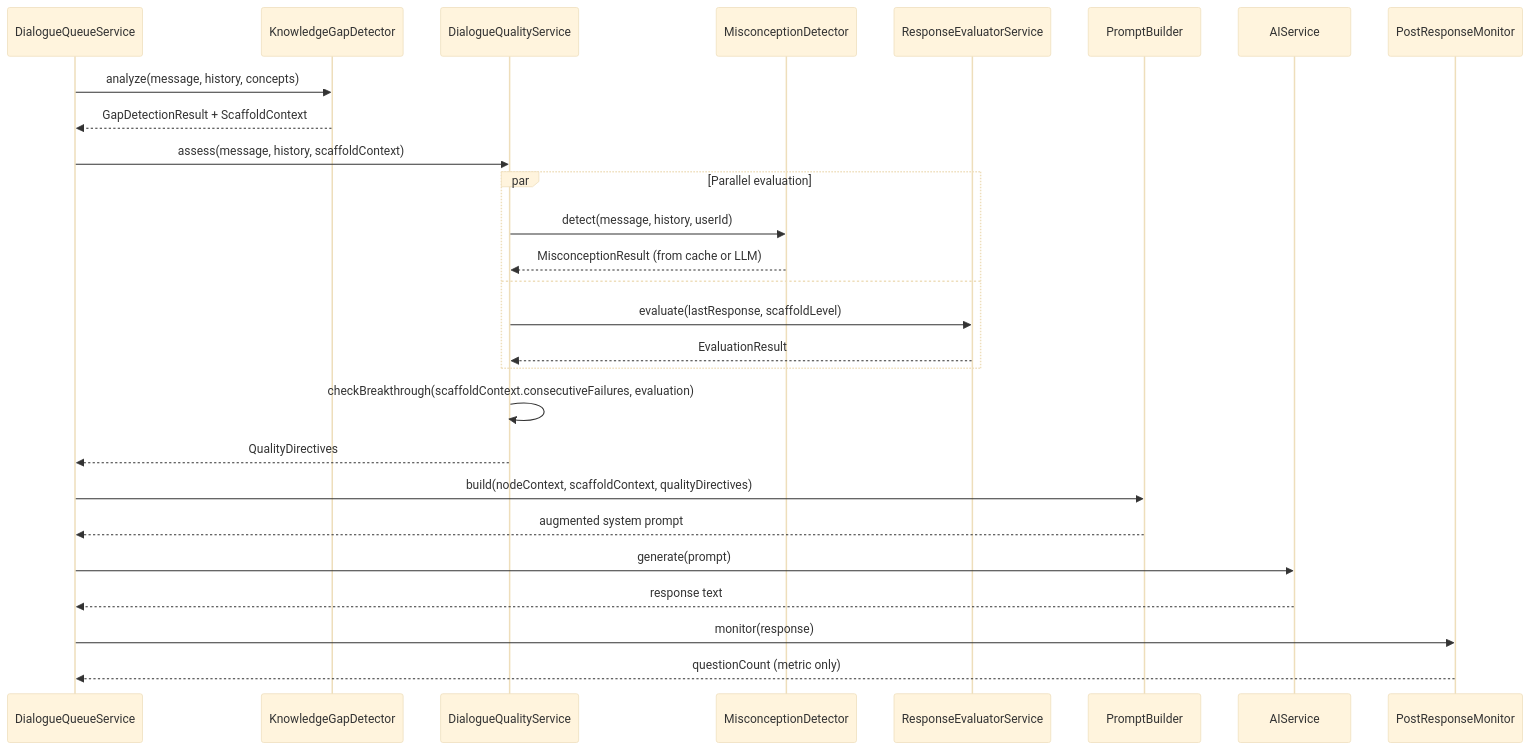
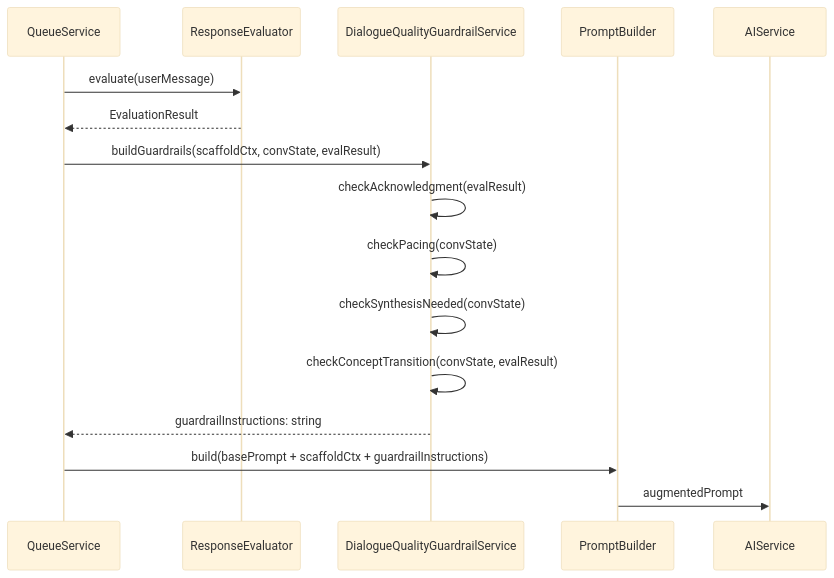
Before and after one commit to shettydev/mukti: the third of 5 diagrams in docs/rfcs/active/rfc-0004-socratic-dialogue-quality-guardrails/index.md, drawn with Mermaid (base theme). The commit also changed other lines of this file and 1 other file, not shown here.

First line of the commit message:
docs(rfc): Refine dialogue quality guardrails RFC

````diff
--- a/docs/rfcs/active/rfc-0004-socratic-dialogue-quality-guardrails/index.md
+++ b/docs/rfcs/active/rfc-0004-socratic-dialogue-quality-guardrails/index.md
@@ -154,36 +163,23 @@
 ```mermaid
 sequenceDiagram
-    participant DQS as DialogueQueueService
-    participant KGD as KnowledgeGapDetector
-    participant QS as DialogueQualityService
-    participant MD as MisconceptionDetector
-    participant RE as ResponseEvaluatorService
-    participant PB as PromptBuilder
+    participant Queue as QueueService
+    participant Eval as ResponseEvaluator
+    participant Guard as DialogueQualityGuardrailService
+    participant Prompt as PromptBuilder
     participant AI as AIService
-    participant PRM as PostResponseMonitor
 
-    DQS->>KGD: analyze(message, history, concepts)
-    KGD-->>DQS: GapDetectionResult + ScaffoldContext
+    Queue->>Eval: evaluate(userMessage)
+    Eval-->>Queue: EvaluationResult
 
-    DQS->>QS: assess(message, history, scaffoldContext)
+    Queue->>Guard: buildGuardrails(scaffoldCtx, convState, evalResult)
 
-    par Parallel evaluation
-        QS->>MD: detect(message, history, userId)
-        MD-->>QS: MisconceptionResult (from cache or LLM)
-    and
-        QS->>RE: evaluate(lastResponse, scaffoldLevel)
-        RE-->>QS: EvaluationResult
-    end
+    Guard->>Guard: checkAcknowledgment(evalResult)
+    Guard->>Guard: checkPacing(convState)
+    Guard->>Guard: checkSynthesisNeeded(convState)
+    Guard->>Guard: checkConceptTransition(convState, evalResult)
 
-    QS->>QS: checkBreakthrough(scaffoldContext.consecutiveFailures, evaluation)
-    QS-->>DQS: QualityDirectives
+    Guard-->>Queue: guardrailInstructions: string
 
-    DQS->>PB: build(nodeContext, scaffoldContext, qualityDirectives)
-    PB-->>DQS: augmented system prompt
-
-    DQS->>AI: generate(prompt)
-    AI-->>DQS: response text
-
-    DQS->>PRM: monitor(response)
-    PRM-->>DQS: questionCount (metric only)
+    Queue->>Prompt: build(basePrompt + scaffoldCtx + guardrailInstructions)
+    Prompt->>AI: augmentedPrompt
 ```
````
